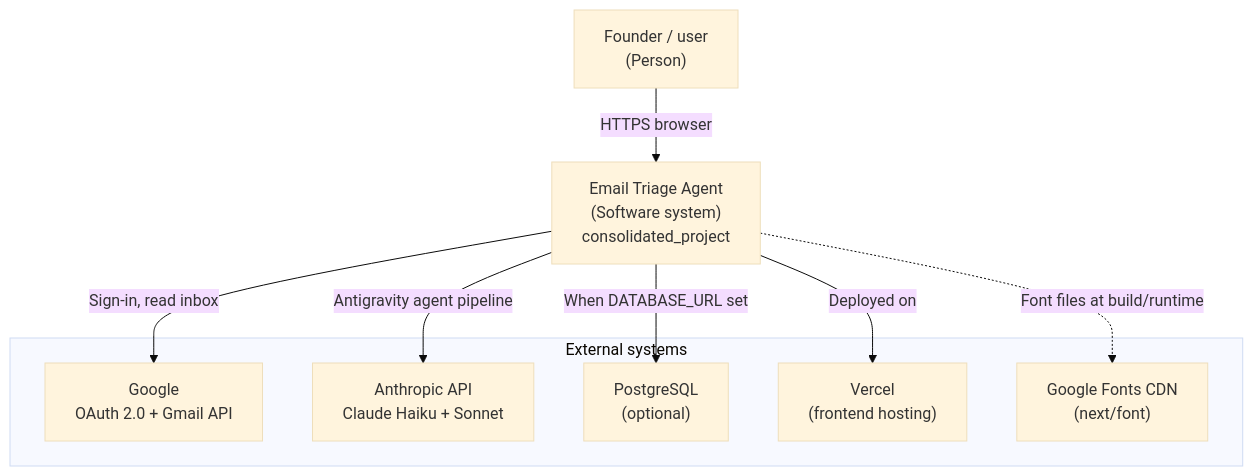
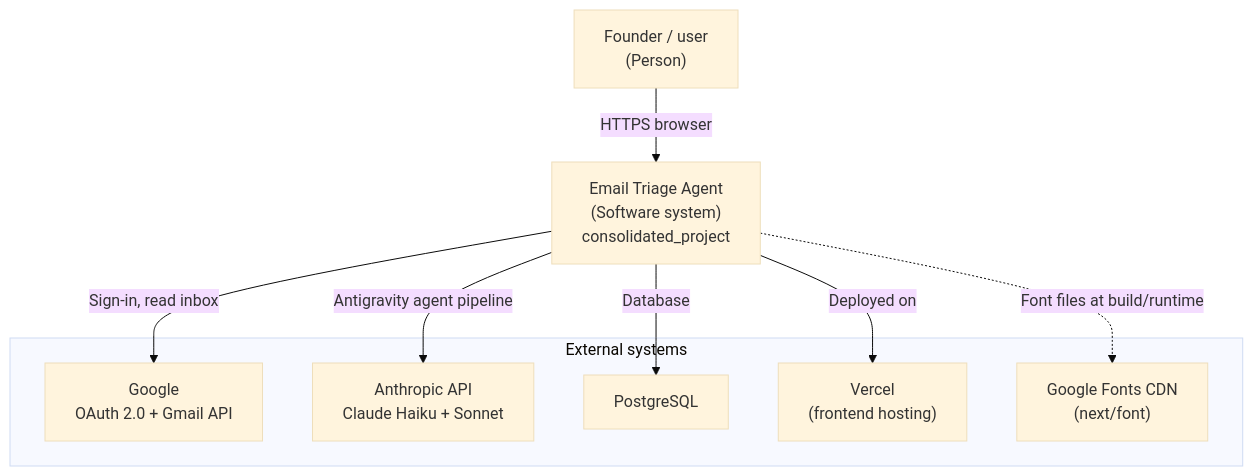
Before and after one commit to CSEN-SCU/csen-174-s26-team-project-email-triage-agent: the first of 2 diagrams in docs/architecture-retrospective.md, drawn with Mermaid (base theme).

Commit message:
fix architecture diagram

````diff
--- a/docs/architecture-retrospective.md
+++ b/docs/architecture-retrospective.md
@@ -31,21 +31,21 @@
 ```mermaid
 flowchart TB
   founder["Founder / user\n(Person)"]
 
   system["Email Triage Agent\n(Software system)\nconsolidated_project"]
 
   subgraph external["External systems"]
     google["Google\nOAuth 2.0 + Gmail API"]
     anthropic["Anthropic API\nClaude Haiku + Sonnet"]
-    postgres["PostgreSQL\n(optional)"]
+    postgres["PostgreSQL"]
     vercel["Vercel\n(frontend hosting)"]
     gfonts["Google Fonts CDN\n(next/font)"]
   end
 
   founder -->|"HTTPS browser"| system
   system -->|"Deployed on"| vercel
   system -->|"Sign-in, read inbox"| google
   system -->|"Antigravity agent pipeline"| anthropic
-  system -->|"When DATABASE_URL set"| postgres
+  system -->|"Database"| postgres
   system -.->|"Font files at build/runtime"| gfonts
 ```
````
